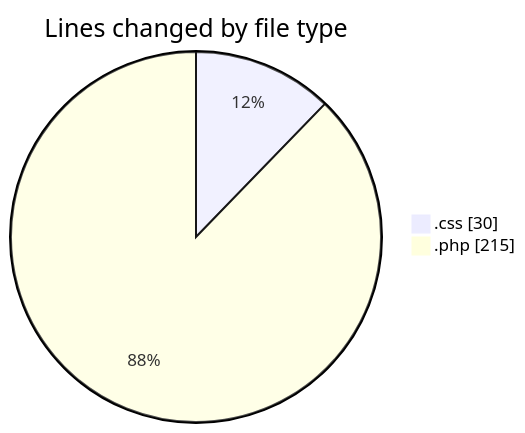
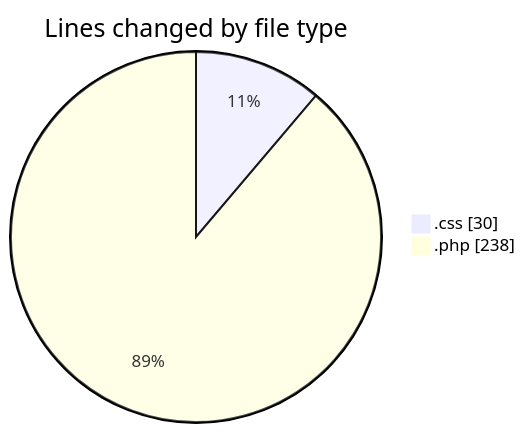
The first of 2 diagrams in 2026-03-20/designexo-child/README.md (momahboobian/code-tracking), drawn with Mermaid before and after one commit. The commit also changed other lines of this file and 1 other file, not shown here.

````diff
--- a/2026-03-20/designexo-child/README.md
+++ b/2026-03-20/designexo-child/README.md
@@ -23,6 +23,6 @@
 ```mermaid
 pie showData
 title Lines changed by file type
 ".css" : 30
-".php" : 215
+".php" : 238
 ```
````
